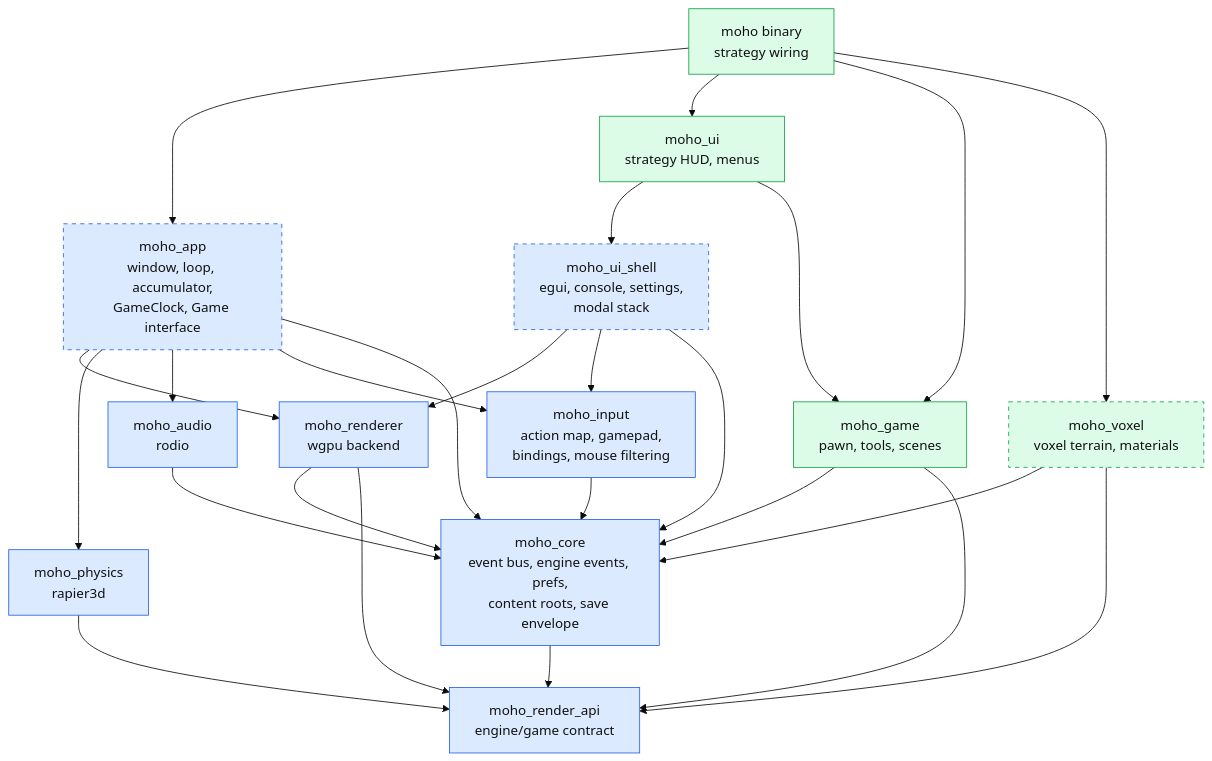
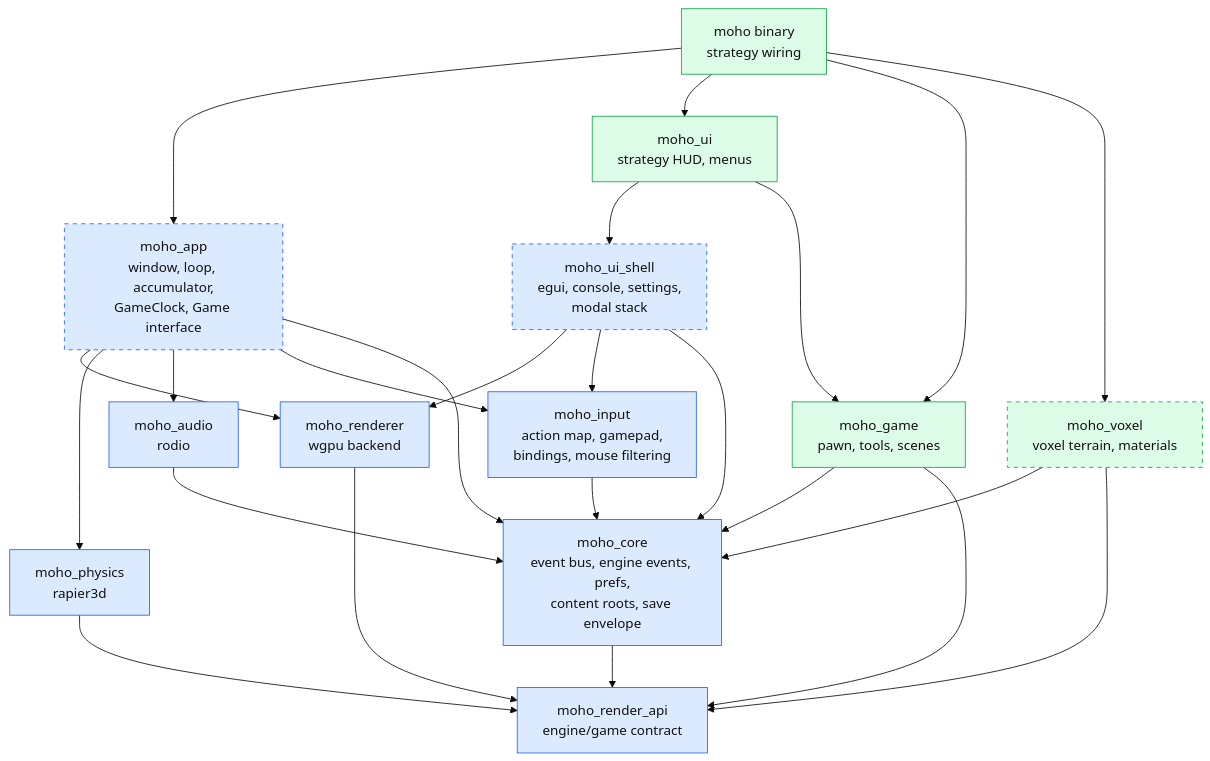
Before and after one commit to WrackedFella/moho: the second of 3 diagrams in wiki/architecture/overview.md, drawn with Mermaid (base theme). The commit also changed other lines of this file and 30 other files, not shown here.

````diff
--- a/wiki/architecture/overview.md
+++ b/wiki/architecture/overview.md
@@ -68,33 +68,33 @@
 ```mermaid
 flowchart TD
     sbin["moho binary<br/>strategy wiring"]:::strategy
     ui["moho_ui<br/>strategy HUD, menus"]:::strategy
     game["moho_game<br/>pawn, tools, scenes"]:::strategy
     voxel["moho_voxel<br/>voxel terrain, materials"]:::strategyNew
 
     app["moho_app<br/>window, loop, accumulator,<br/>GameClock, Game interface"]:::engineNew
     shell["moho_ui_shell<br/>egui, console, settings,<br/>modal stack"]:::engineNew
     input["moho_input<br/>action map, gamepad,<br/>bindings, mouse filtering"]:::engine
     renderer["moho_renderer<br/>wgpu backend"]:::engine
     physics["moho_physics<br/>rapier3d"]:::engine
     audio["moho_audio<br/>rodio"]:::engine
     core["moho_core<br/>event bus, engine events, prefs,<br/>content roots, save envelope"]:::engine
     rapi["moho_render_api<br/>engine/game contract"]:::engine
 
     sbin --> app & ui & game & voxel
     ui --> shell & game
     game --> core & rapi
     voxel --> core & rapi
     app --> renderer & physics & audio & input & core
     shell --> renderer & input & core
     input --> core
-    renderer --> core & rapi
+    renderer --> rapi
     physics --> rapi
     audio --> core
     core --> rapi
 
     classDef engine fill:#dbeafe,stroke:#2563eb,color:#111
     classDef engineNew fill:#dbeafe,stroke:#2563eb,stroke-dasharray:5 5,color:#111
     classDef strategy fill:#dcfce7,stroke:#16a34a,color:#111
     classDef strategyNew fill:#dcfce7,stroke:#16a34a,stroke-dasharray:5 5,color:#111
 ```
````
